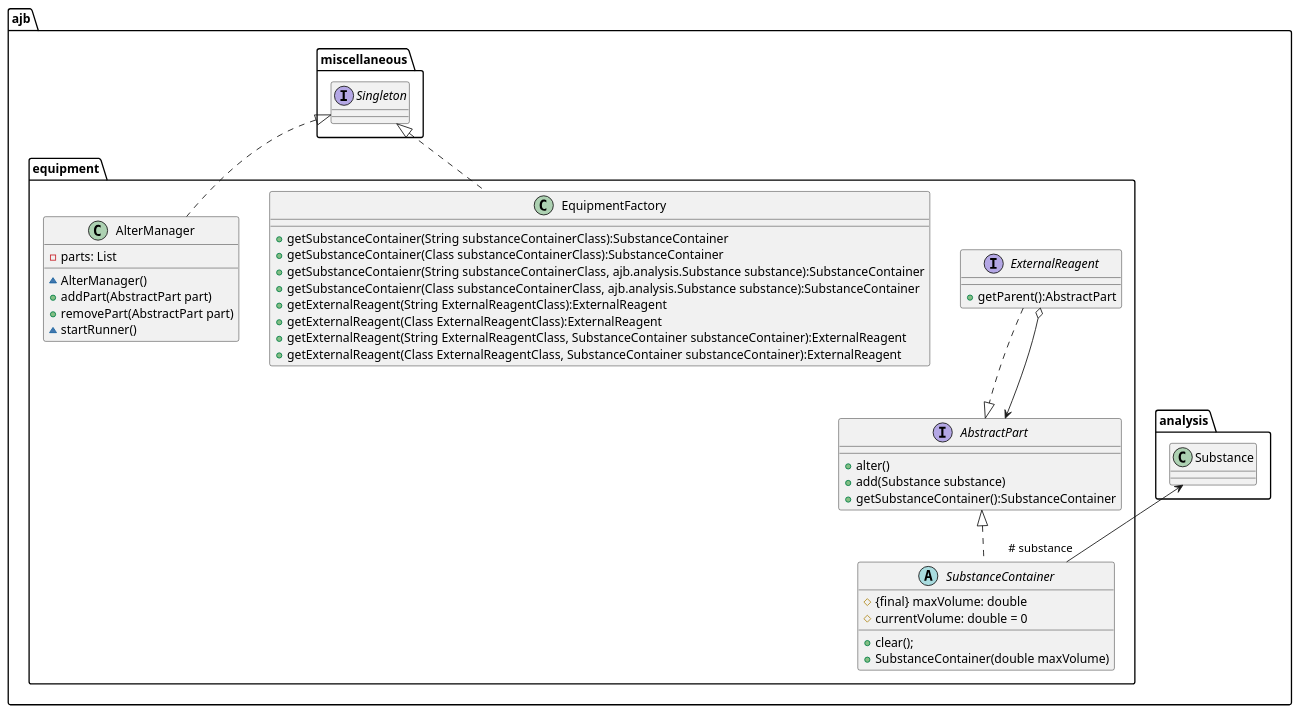
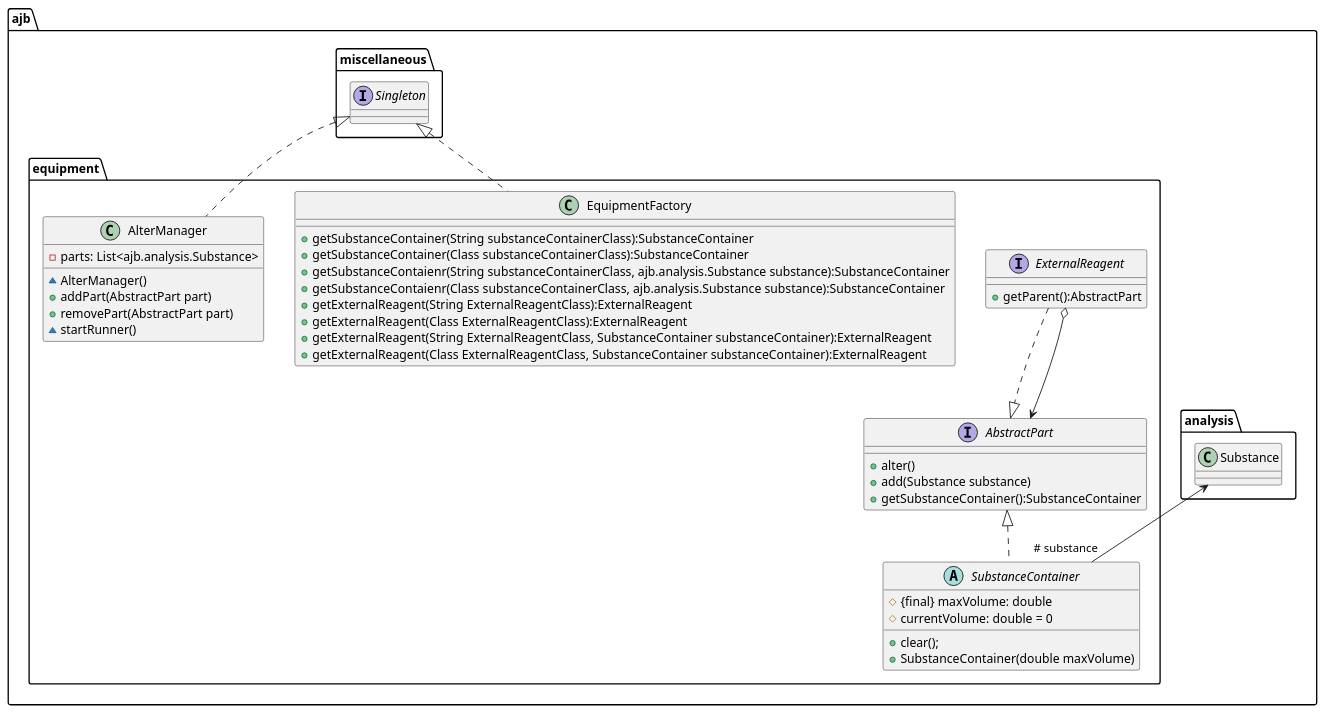
One commit to pfeilda/softwareengineeringProjekt changed the diagram in Documentation/plantuml/Bausteinsicht/Ebene2/2Ebene-equipment.puml. Above: the diagram before and after it, drawn with PlantUML. The commit also changed 5 other files, not shown here.

Commit message:
Refactored uml diagrams

```diff
--- a/Documentation/plantuml/Bausteinsicht/Ebene2/2Ebene-equipment.puml
+++ b/Documentation/plantuml/Bausteinsicht/Ebene2/2Ebene-equipment.puml
@@ -1,46 +1,46 @@
 @startuml
 
 namespace ajb{
     namespace equipment {
         interface AbstractPart{
             +alter()
             +add(Substance substance)
             +getSubstanceContainer():SubstanceContainer
         }
 
         interface ExternalReagent{
             +getParent():AbstractPart
         }
         ExternalReagent ..|> AbstractPart
         ExternalReagent o--> AbstractPart
 
         abstract class SubstanceContainer implements AbstractPart {
             # {final} maxVolume: double
             #currentVolume: double = 0
             +clear();
             +SubstanceContainer(double maxVolume)
         }
         SubstanceContainer " # substance" -up-> .ajb.analysis.Substance
 
         class EquipmentFactory implements .ajb.miscellaneous.Singleton {
             +getSubstanceContainer(String substanceContainerClass):SubstanceContainer
             +getSubstanceContainer(Class substanceContainerClass):SubstanceContainer
             +getSubstanceContaienr(String substanceContainerClass, ajb.analysis.Substance substance):SubstanceContainer
             +getSubstanceContaienr(Class substanceContainerClass, ajb.analysis.Substance substance):SubstanceContainer
             +getExternalReagent(String ExternalReagentClass):ExternalReagent
             +getExternalReagent(Class ExternalReagentClass):ExternalReagent
             +getExternalReagent(String ExternalReagentClass, SubstanceContainer substanceContainer):ExternalReagent
             +getExternalReagent(Class ExternalReagentClass, SubstanceContainer substanceContainer):ExternalReagent
         }
 
         class AlterManager implements .ajb.miscellaneous.Singleton {
-            -parts: List
+            -parts: List<ajb.analysis.Substance>
             ~AlterManager()
             +addPart(AbstractPart part)
             +removePart(AbstractPart part)
             ~startRunner()
         }
     }
 }
 
 @enduml
```
